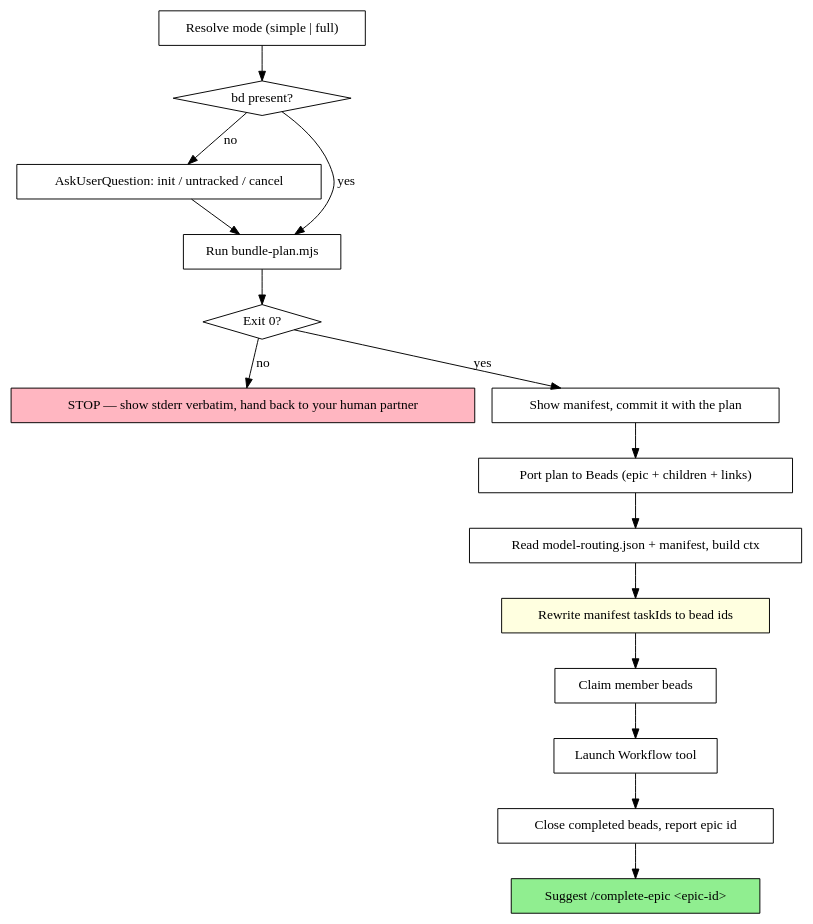
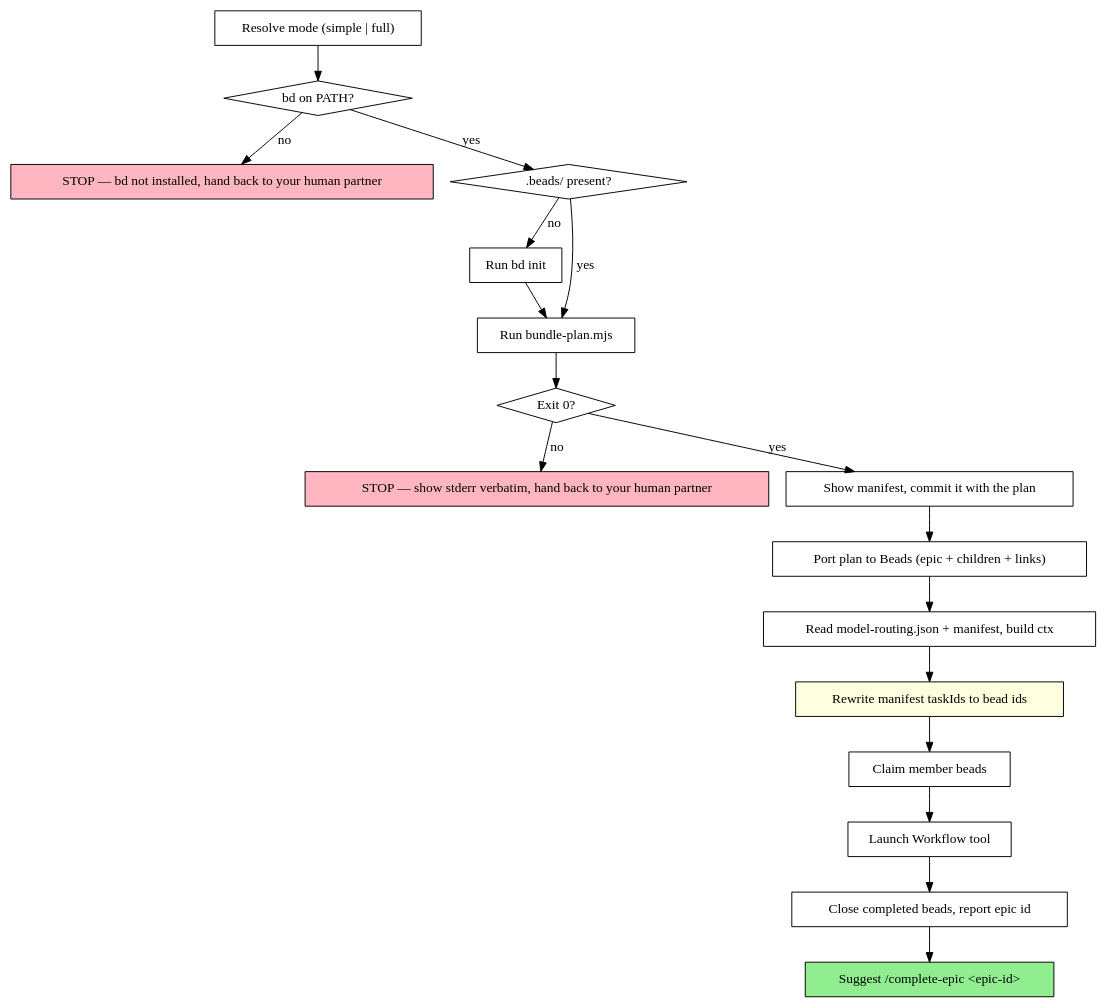
Before and after one commit to SirProdigle/claude-superpowers: the diagram in skills/orchestrating-execution/SKILL.md, drawn with Graphviz. The commit also changed other lines of this file and 1 other file, not shown here.

First line of the commit message:
orchestrating-execution: pre-flight gate for fan-out plans; drop bundle-size cap

````diff
--- a/skills/orchestrating-execution/SKILL.md
+++ b/skills/orchestrating-execution/SKILL.md
@@ -21,34 +48,38 @@
 ```dot
 digraph process {
     rankdir=TB;
     "Resolve mode (simple | full)" [shape=box];
-    "bd present?" [shape=diamond];
-    "AskUserQuestion: init / untracked / cancel" [shape=box];
+    "bd on PATH?" [shape=diamond];
+    "STOP — bd not installed, hand back to your human partner" [shape=box style=filled fillcolor=lightpink];
+    ".beads/ present?" [shape=diamond];
+    "Run bd init" [shape=box];
     "Run bundle-plan.mjs" [shape=box];
     "Exit 0?" [shape=diamond];
     "STOP — show stderr verbatim, hand back to your human partner" [shape=box style=filled fillcolor=lightpink];
     "Show manifest, commit it with the plan" [shape=box];
     "Port plan to Beads (epic + children + links)" [shape=box];
     "Read model-routing.json + manifest, build ctx" [shape=box];
     "Rewrite manifest taskIds to bead ids" [shape=box style=filled fillcolor=lightyellow];
     "Claim member beads" [shape=box];
     "Launch Workflow tool" [shape=box];
     "Close completed beads, report epic id" [shape=box];
     "Suggest /complete-epic <epic-id>" [shape=box style=filled fillcolor=lightgreen];
 
-    "Resolve mode (simple | full)" -> "bd present?";
-    "bd present?" -> "Run bundle-plan.mjs" [label="yes"];
-    "bd present?" -> "AskUserQuestion: init / untracked / cancel" [label="no"];
-    "AskUserQuestion: init / untracked / cancel" -> "Run bundle-plan.mjs";
+    "Resolve mode (simple | full)" -> "bd on PATH?";
+    "bd on PATH?" -> "STOP — bd not installed, hand back to your human partner" [label="no"];
+    "bd on PATH?" -> ".beads/ present?" [label="yes"];
+    ".beads/ present?" -> "Run bundle-plan.mjs" [label="yes"];
+    ".beads/ present?" -> "Run bd init" [label="no"];
+    "Run bd init" -> "Run bundle-plan.mjs";
     "Run bundle-plan.mjs" -> "Exit 0?";
     "Exit 0?" -> "STOP — show stderr verbatim, hand back to your human partner" [label="no"];
     "Exit 0?" -> "Show manifest, commit it with the plan" [label="yes"];
     "Show manifest, commit it with the plan" -> "Port plan to Beads (epic + children + links)";
     "Port plan to Beads (epic + children + links)" -> "Read model-routing.json + manifest, build ctx";
     "Read model-routing.json + manifest, build ctx" -> "Rewrite manifest taskIds to bead ids";
     "Rewrite manifest taskIds to bead ids" -> "Claim member beads";
     "Claim member beads" -> "Launch Workflow tool";
     "Launch Workflow tool" -> "Close completed beads, report epic id";
     "Close completed beads, report epic id" -> "Suggest /complete-epic <epic-id>";
 }
 ```
````
